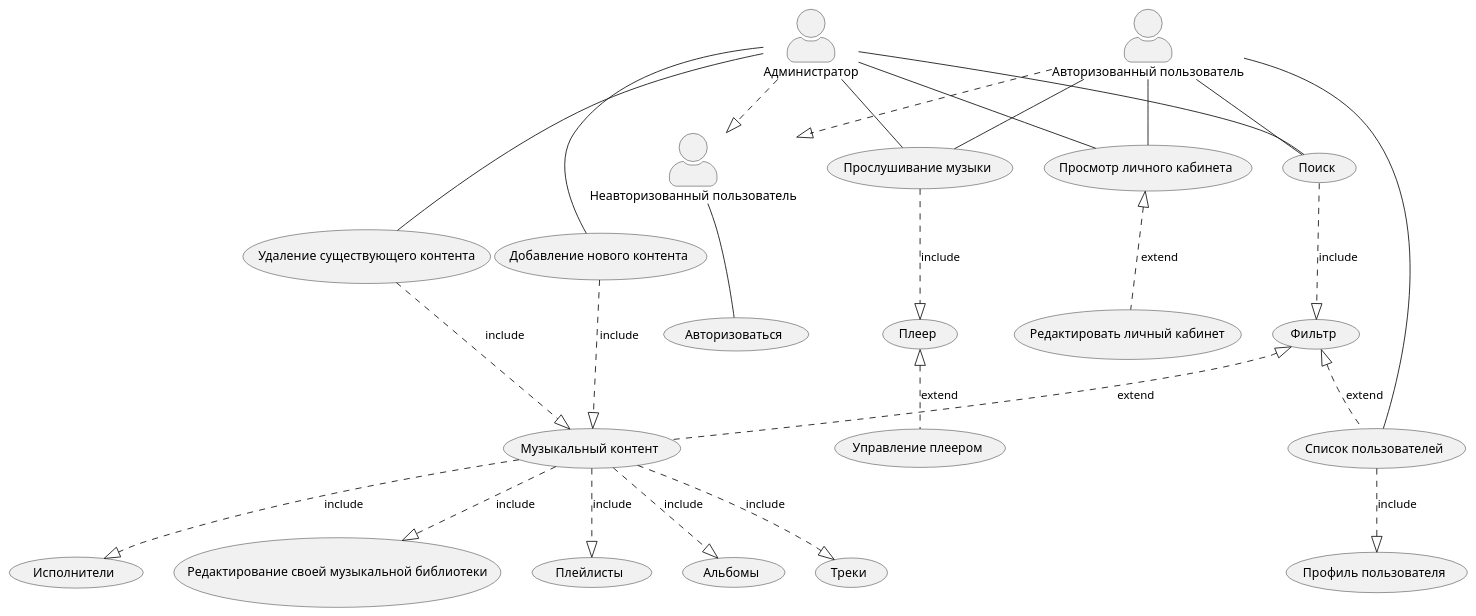
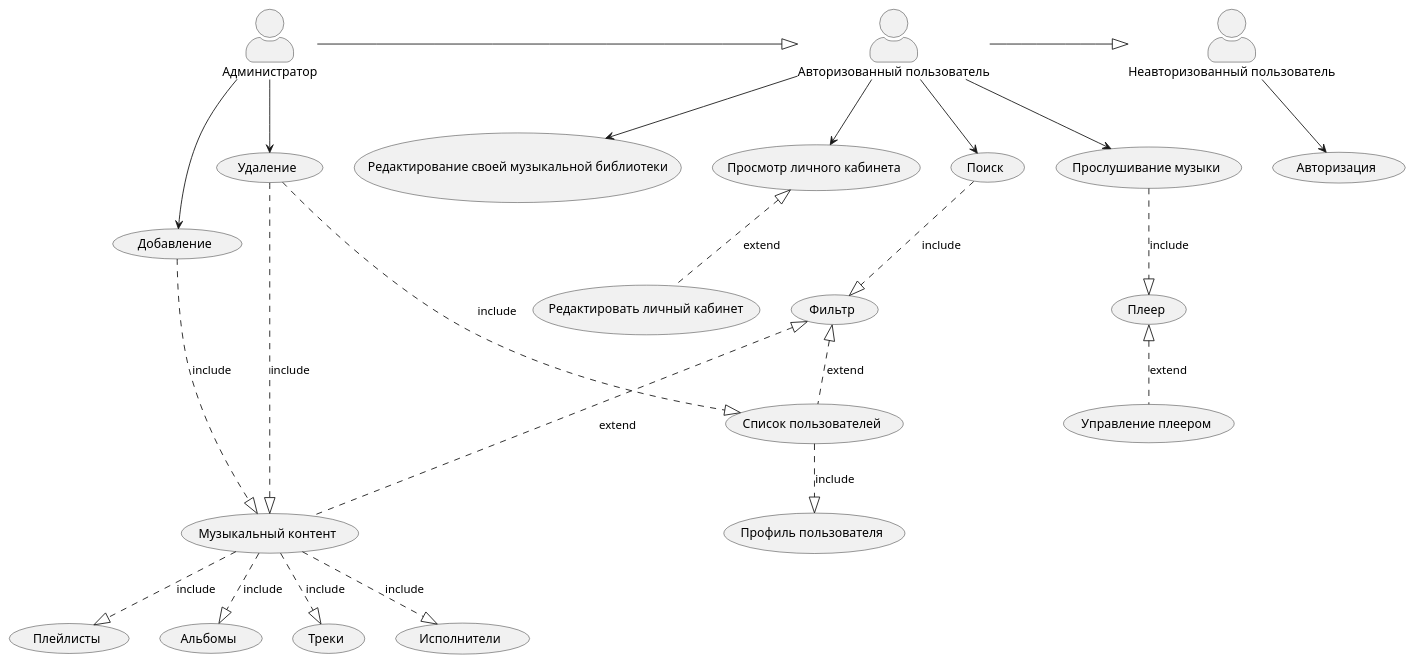
Before and after one commit to xlebec27/RGARMusic: the diagram in docs/diagrams/UseCase.puml, drawn with PlantUML.

Commit message:
Final UseCase

```diff
--- a/docs/diagrams/UseCase.puml
+++ b/docs/diagrams/UseCase.puml
@@ -1,51 +1,49 @@
 @startuml
 skinparam actorStyle awesome
 "Администратор" as Admin
 "Авторизованный пользователь" as User
-(Авторизоваться) as (authorize)
+(Авторизация) as (authorize)
 (Просмотр личного кабинета) as (check_own_profile)
 (Редактировать личный кабинет) as (update_own_profile)
 (Поиск) as (search)
 (Прослушивание музыки) as (listen_to_music)
 (Фильтр) as (filter)
 (Музыкальный контент) as (music_content)
 (Список пользователей) as (list_users)
 (Плеер) as (music_player)
 (Управление плеером) as (music_player_management)
-(Добавление нового контента) as (add_content)
-(Удаление существующего контента) as (delete_content)
+(Добавление) as (add_content)
+(Удаление) as (delete_content)
 (Профиль пользователя) as userProfile
 (Плейлисты) as playlist
 (Альбомы) as album
 (Треки) as tracks
 (Исполнители) as artist
 (Редактирование своей музыкальной библиотеки) as editLibrary
 
-:User:--(list_users)
-:Неавторизованный пользователь: -- (authorize)
-:User:..|>:Неавторизованный пользователь:
-:Admin:..|>:Неавторизованный пользователь:
 
-:User: -- (check_own_profile)
-:User: -- (listen_to_music)
-:User: -- (search)
-:Admin: -- (listen_to_music)
-:Admin: -- (search)
-:Admin: -- (check_own_profile)
-:Admin: -- (add_content)
-:Admin: -- (delete_content)
+:Неавторизованный пользователь: --> (authorize)
+:User:-|>:Неавторизованный пользователь:
+:Admin:-|>:User:
+
+:User: --> (check_own_profile)
+:User: --> (listen_to_music)
+:User: --> (search)
+:Admin: --> (add_content)
+:Admin: --> (delete_content)
 (search)..|>(filter):include
-(filter)<|..(music_content):extend
+(filter)<|...(music_content):extend
 (filter)<|..(list_users):extend
 (listen_to_music)..|>(music_player):include
 (music_player)<|..(music_player_management):extend
 (check_own_profile)<|..(update_own_profile):extend
 (music_content)..|>(playlist):include
 (music_content)..|>(album):include
 (music_content)..|>(tracks):include
 (music_content)..|>(artist):include
-(music_content)..|>(editLibrary):include
-(delete_content)..|>(music_content):include
+:User:-->(editLibrary)
+(delete_content)...|>(music_content):include
 (add_content)..|>(music_content):include
 (list_users)..|>(userProfile):include
+(delete_content)...|>(list_users):include
 @enduml
```
